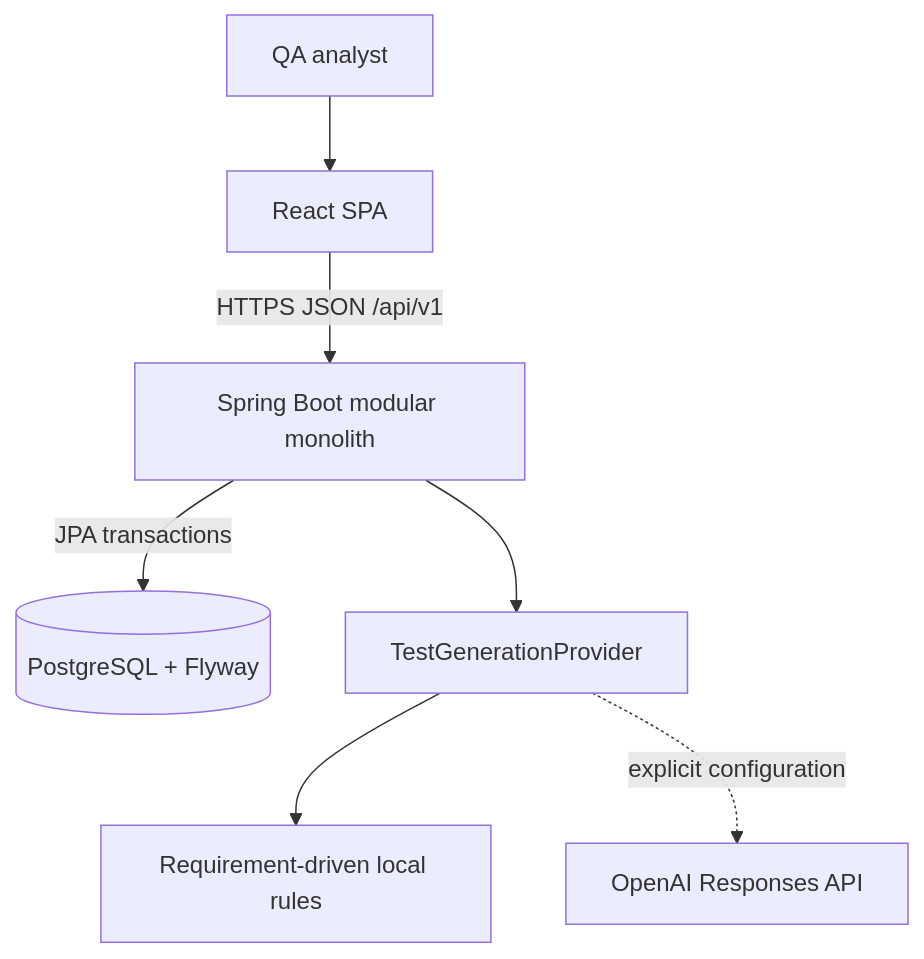
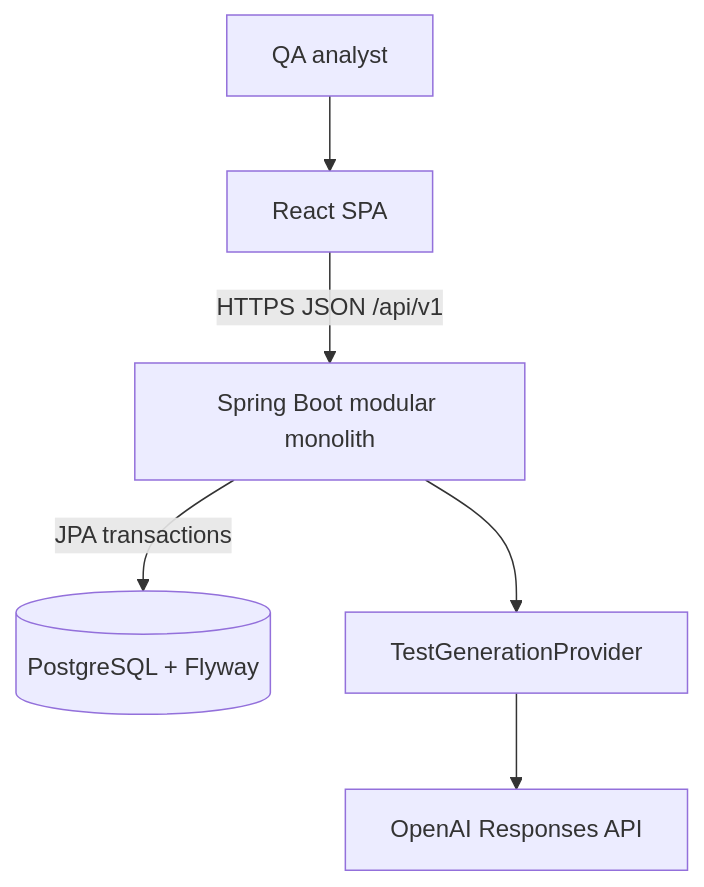
Before and after one commit to DWilliams-codes/AITestCaseGeneratorDemo: the first of 2 diagrams in docs/ARCHITECTURE.md, drawn with Mermaid. The commit also changed other lines of this file and 115 other files, not shown here.

````diff
--- a/docs/ARCHITECTURE.md
+++ b/docs/ARCHITECTURE.md
@@ -7,9 +7,8 @@
 ```mermaid
 flowchart TB
     Analyst["QA analyst"] --> Browser["React SPA"]
     Browser -->|"HTTPS JSON /api/v1"| API["Spring Boot modular monolith"]
     API -->|"JPA transactions"| PostgreSQL[("PostgreSQL + Flyway")]
     API --> ProviderBoundary["TestGenerationProvider"]
-    ProviderBoundary --> Fake["Requirement-driven local rules"]
-    ProviderBoundary -. "explicit configuration" .-> OpenAI["OpenAI Responses API"]
+    ProviderBoundary --> OpenAI["OpenAI Responses API"]
 ```
````
